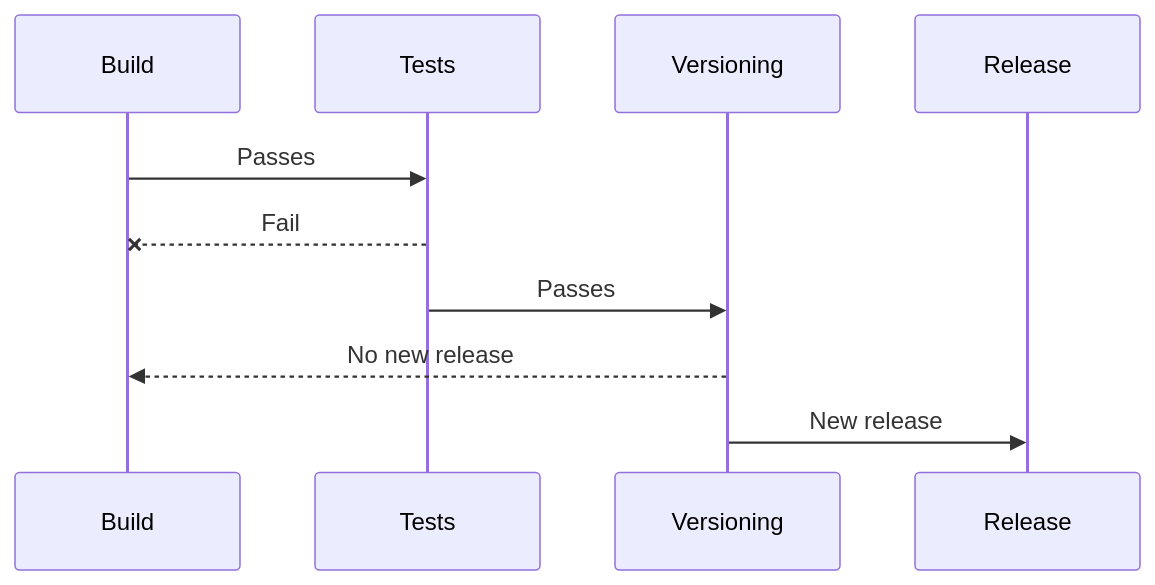
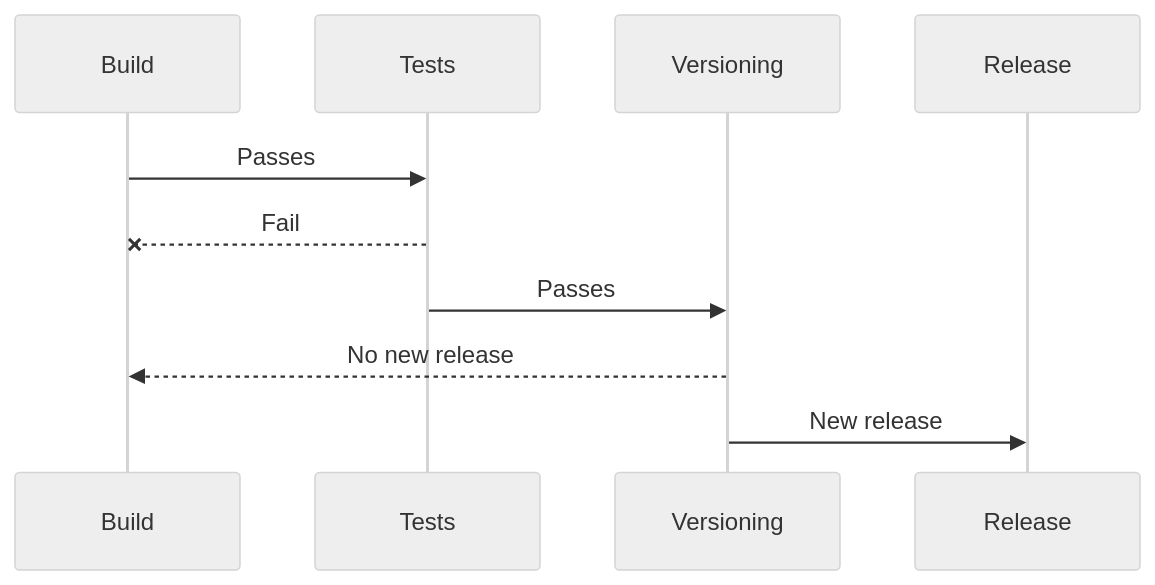
Before and after one commit to s0ders/go-semver-release: the diagram in docs/recipes/workflow-examples.md, drawn with Mermaid. The commit also changed other lines of this file and 4 other files, not shown here.

````diff
--- a/docs/recipes/workflow-examples.md
+++ b/docs/recipes/workflow-examples.md
@@ -9,12 +9,13 @@
 ```mermaid
+%%{init: {'theme':'neutral'}}%%
 sequenceDiagram
     participant Build
     participant Tests
     participant Versioning
     participant Release
     Build->>Tests: Passes
     Tests--xBuild: Fail
     Tests->>Versioning: Passes
     Versioning-->>Build: No new release
     Versioning->>Release: New release
 ```
````
